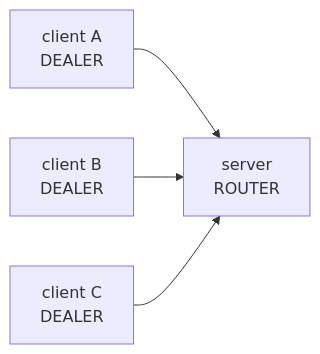
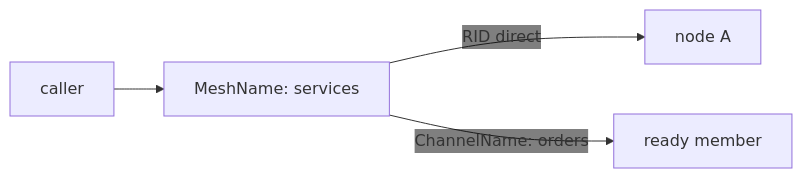
Before and after one commit to kairos-code-dev/zlink: the first of 9 diagrams in framework/doc/framework/dotnet/guide/03-concepts.ko.md, drawn with Mermaid. The commit also changed other lines of this file and 1 other file, not shown here.

First line of the commit message:
docs(dotnet): align core concepts with route mesh

````diff
--- a/framework/doc/framework/dotnet/guide/03-concepts.ko.md
+++ b/framework/doc/framework/dotnet/guide/03-concepts.ko.md
@@ -64,7 +60,7 @@
 ```mermaid
 %%{init: {'themeVariables': {'edgeLabelBackground':'transparent'}}}%%
 graph LR
-    C1["client A<br/>DEALER"] --> S["server<br/>ROUTER"]
-    C2["client B<br/>DEALER"] --> S
-    C3["client C<br/>DEALER"] --> S
+    C["caller"] --> M["MeshName: services"]
+    M -->|"RID direct"| A["node A"]
+    M -->|"ChannelName: orders"| B["ready member"]
 ```
````
